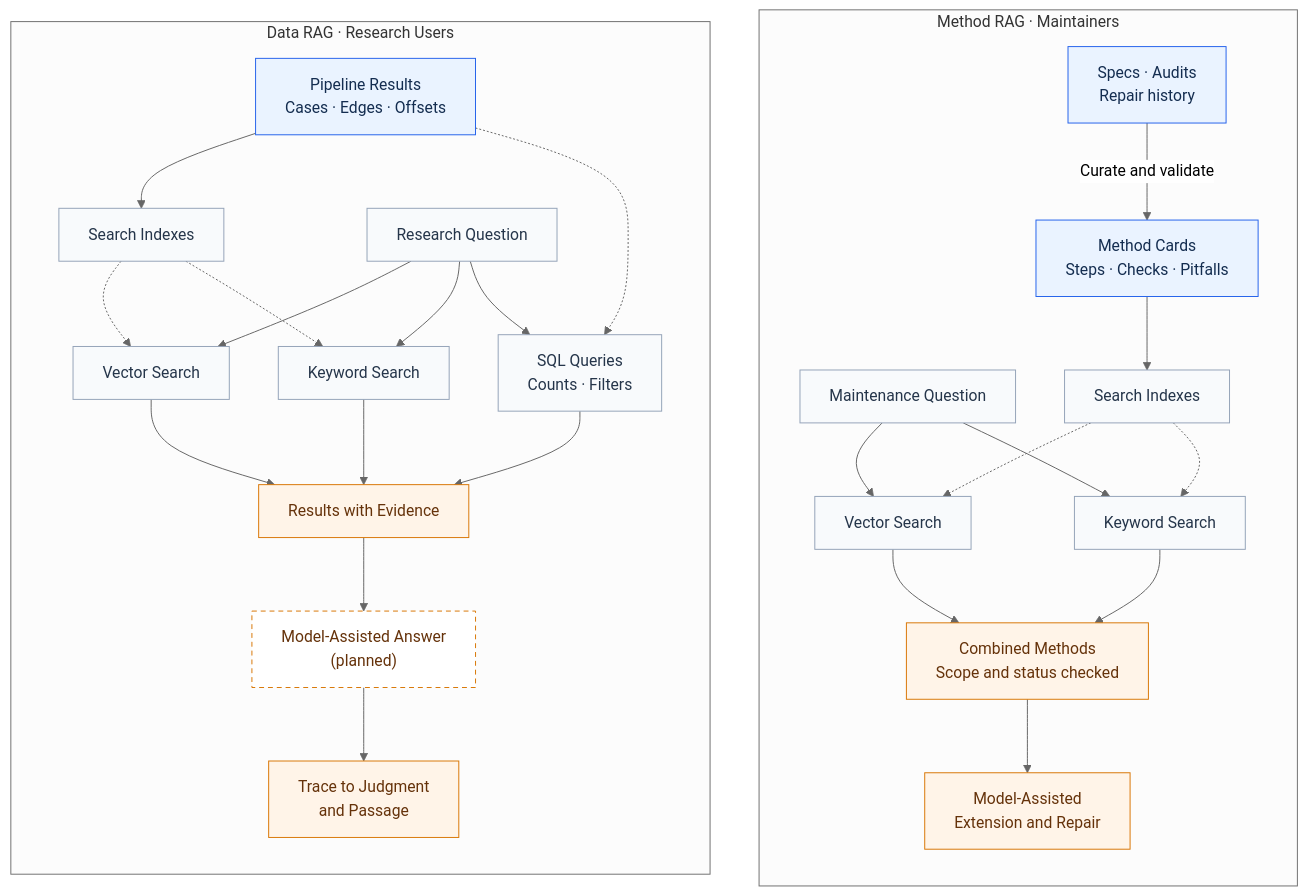
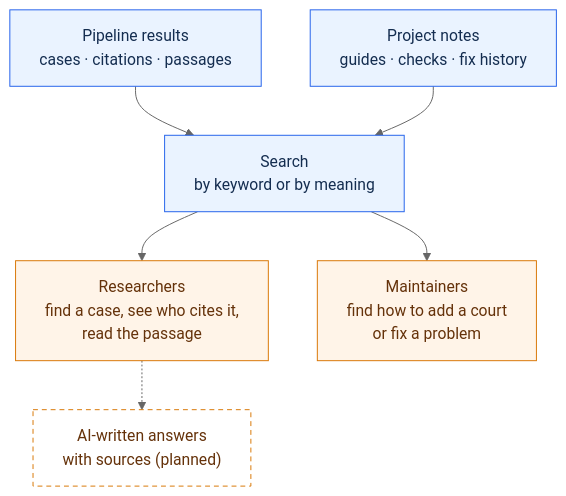
Before and after one commit to yubow47-bot/case-citation-pipeline: the second of 2 diagrams in README.md, drawn with Mermaid (neutral theme). The commit also changed other lines of this file, not shown here.

````diff
--- a/README.md
+++ b/README.md
@@ -127,51 +121,22 @@
 ```mermaid
 flowchart TB
-    subgraph METHODS["Method RAG · Maintainers"]
-        direction TB
-        MS["Specs · Audits<br/>Repair history"]
-        MC["Method Cards<br/>Steps · Checks · Pitfalls"]
-        MI["Search Indexes"]
-        MQ["Maintenance Question"]
-        MV["Vector Search"]
-        MK["Keyword Search"]
-        MR["Combined Methods<br/>Scope and status checked"]
-        MA["Model-Assisted<br/>Extension and Repair"]
+    R["Pipeline results<br/>cases · citations · passages"]
+    N["Project notes<br/>guides · checks · fix history"]
+    S["Search<br/>by keyword or by meaning"]
+    U1["Researchers<br/>find a case, see who cites it,<br/>read the passage"]
+    U2["Maintainers<br/>find how to add a court<br/>or fix a problem"]
+    A["AI-written answers<br/>with sources (planned)"]
 
-        MS -->|Curate and validate| MC
-        MC --> MI
-        MQ --> MV & MK
-        MI -.-> MV & MK
-        MV & MK --> MR
-        MR --> MA
-    end
-
-    subgraph DATA["Data RAG · Research Users"]
-        direction TB
-        DS["Pipeline Results<br/>Cases · Edges · Offsets"]
-        DI["Search Indexes"]
-        DQ["Research Question"]
-        DV["Vector Search"]
-        DK["Keyword Search"]
-        DT["SQL Queries<br/>Counts · Filters"]
-        DR["Results with Evidence"]
-        DA["Model-Assisted Answer<br/>(planned)"]
-        DP["Trace to Judgment<br/>and Passage"]
-
-        DS --> DI
-        DS -.-> DT
-        DQ --> DV & DK & DT
-        DI -.-> DV & DK
-        DV & DK & DT --> DR
-        DR --> DA
-        DA --> DP
-    end
+    R --> S
+    N --> S
+    S --> U1
+    S --> U2
+    U1 -.-> A
 
     classDef content fill:#eaf3ff,stroke:#2563eb,color:#142d50;
-    classDef search fill:#f8fafc,stroke:#94a3b8,color:#25354a;
     classDef result fill:#fff4e8,stroke:#d97706,color:#65320a;
     classDef planned fill:#ffffff,stroke:#d97706,stroke-dasharray:5 4,color:#65320a;
-    class MS,MC,DS content;
-    class MI,MQ,MV,MK,DI,DQ,DV,DK,DT search;
-    class MR,MA,DR,DP result;
-    class DA planned;
+    class R,N,S content;
+    class U1,U2 result;
+    class A planned;
 ```
````
